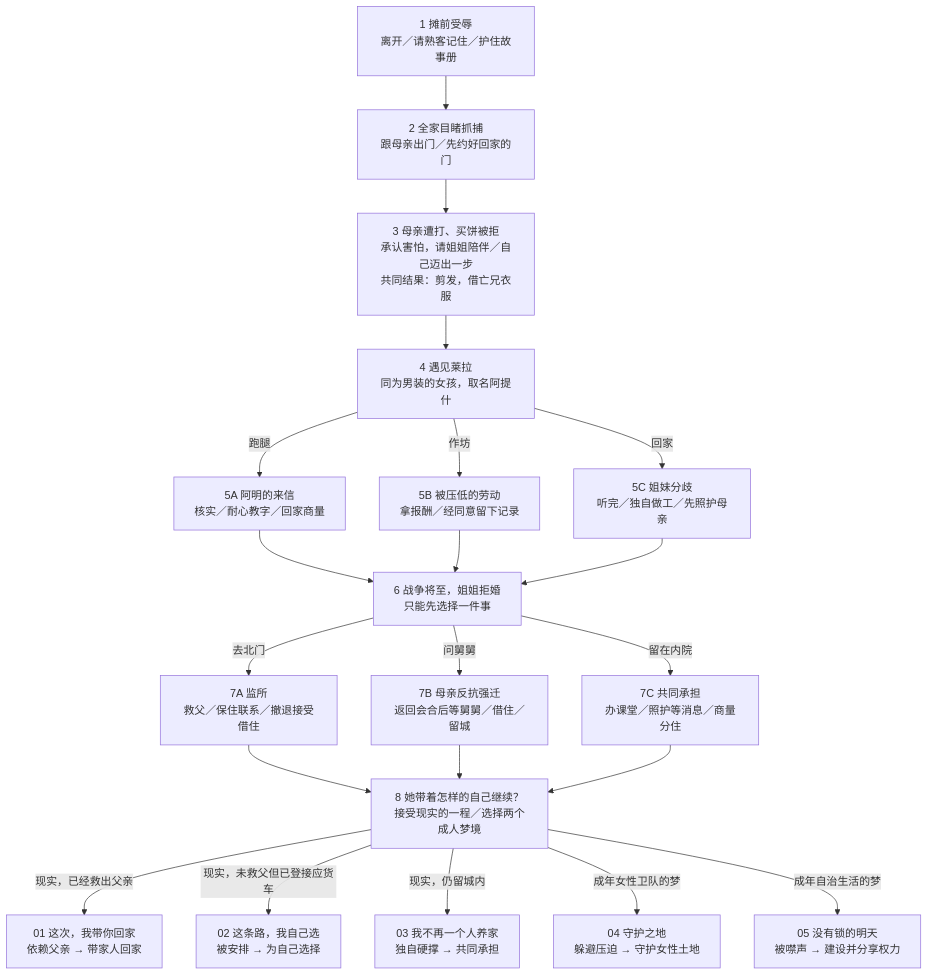
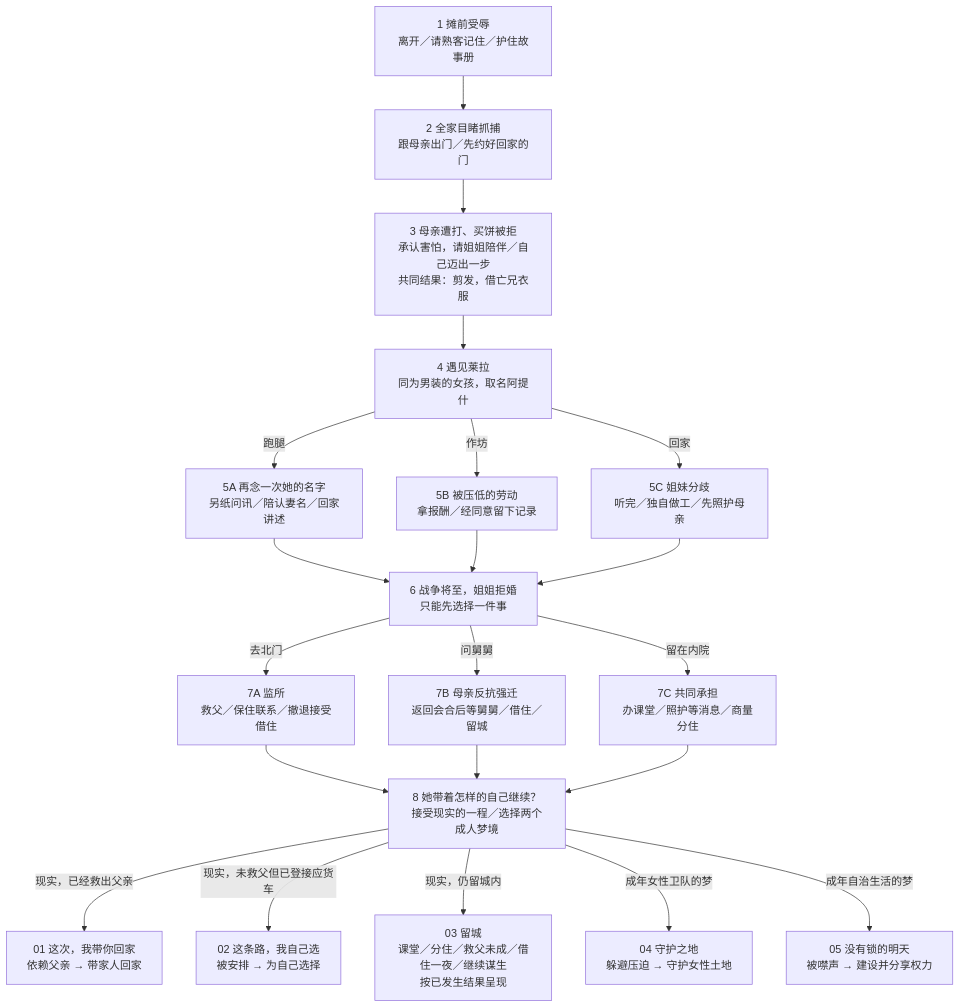
The first of 3 diagrams in docs/design/STORY-FLOW.md (xypasolini-droid/sister-which-way), drawn with Mermaid before and after one commit. The commit also changed other lines of this file and 37 other files, not shown here.

````diff
--- a/docs/design/STORY-FLOW.md
+++ b/docs/design/STORY-FLOW.md
@@ -7,23 +7,23 @@
 ```mermaid
 flowchart TD
   A["1 摊前受辱<br/>离开／请熟客记住／护住故事册"] --> B["2 全家目睹抓捕<br/>跟母亲出门／先约好回家的门"]
   B --> C["3 母亲遭打、买饼被拒<br/>承认害怕，请姐姐陪伴／自己迈出一步<br/>共同结果：剪发，借亡兄衣服"]
   C --> D["4 遇见莱拉<br/>同为男装的女孩，取名阿提什"]
-  D -->|跑腿| E["5A 阿明的来信<br/>核实／耐心教字／回家商量"]
+  D -->|跑腿| E["5A 再念一次她的名字<br/>另纸问讯／陪认妻名／回家讲述"]
   D -->|作坊| F["5B 被压低的劳动<br/>拿报酬／经同意留下记录"]
   D -->|回家| G["5C 姐妹分歧<br/>听完／独自做工／先照护母亲"]
   E --> H["6 战争将至，姐姐拒婚<br/>只能先选择一件事"]
   F --> H
   G --> H
   H -->|去北门| I["7A 监所<br/>救父／保住联系／撤退接受借住"]
   H -->|问舅舅| J["7B 母亲反抗强迁<br/>返回会合后等舅舅／借住／留城"]
   H -->|留在内院| K["7C 共同承担<br/>办课堂／照护等消息／商量分住"]
   I --> L["8 她带着怎样的自己继续？<br/>接受现实的一程／选择两个成人梦境"]
   J --> L
   K --> L
   L -->|现实，已经救出父亲| R["01 这次，我带你回家<br/>依赖父亲 → 带家人回家"]
   L -->|现实，未救父但已登接应货车| T["02 这条路，我自己选<br/>被安排 → 为自己选择"]
-  L -->|现实，仍留城内| S["03 我不再一个人养家<br/>独自硬撑 → 共同承担"]
+  L -->|现实，仍留城内| S["03 留城<br/>课堂／分住／救父未成／借住一夜／继续谋生<br/>按已发生结果呈现"]
   L -->|成年女性卫队的梦| M["04 守护之地<br/>躲避压迫 → 守护女性土地"]
   L -->|成年自治生活的梦| N["05 没有锁的明天<br/>被噤声 → 建设并分享权力"]
 ```
````
